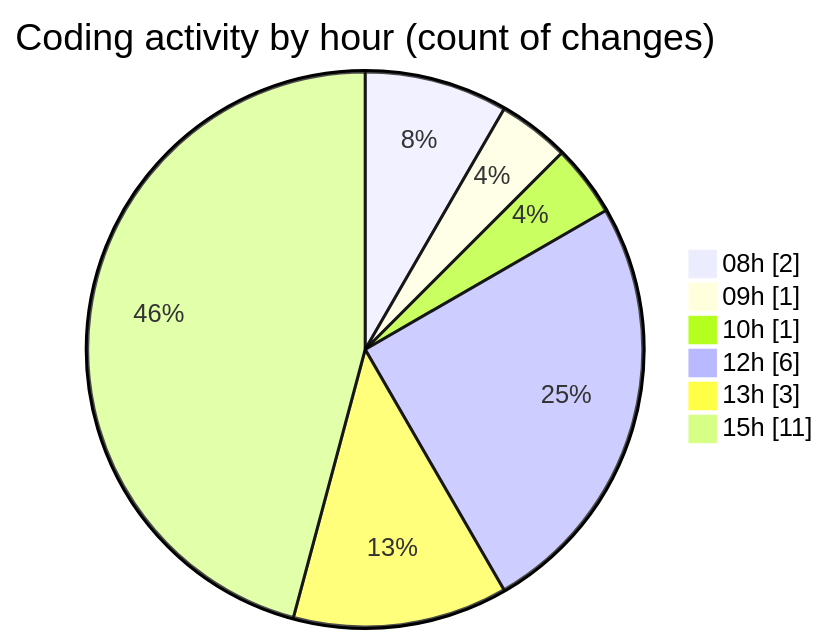
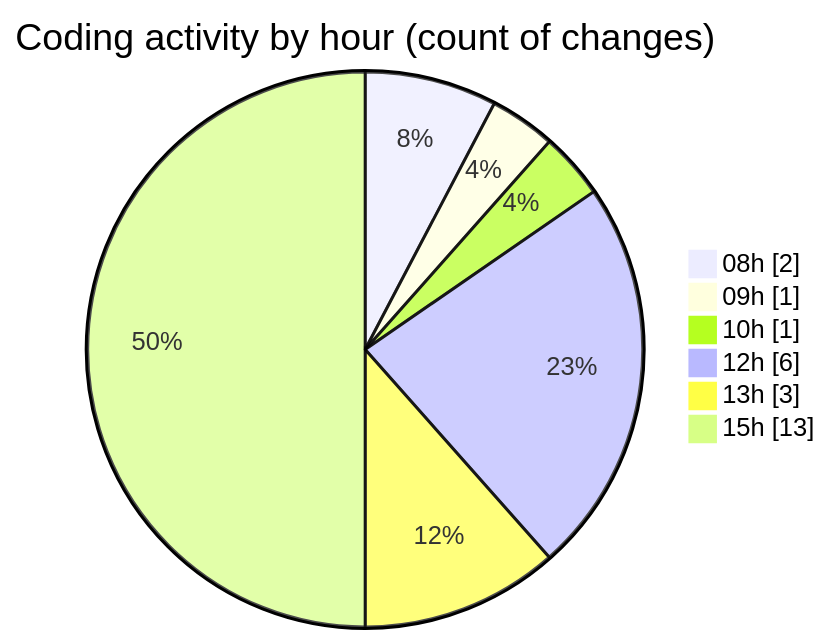
The second of 2 diagrams in 2025-10-09/nxtqube_webapp/README.md (nxtqubesakshisongat/code-tracking), drawn with Mermaid before and after one commit. The commit also changed other lines of this file and 1 other file, not shown here.

````diff
--- a/2025-10-09/nxtqube_webapp/README.md
+++ b/2025-10-09/nxtqube_webapp/README.md
@@ -28,10 +28,10 @@
 ```mermaid
 pie showData
 title Coding activity by hour (count of changes)
 "08h" : 2
 "09h" : 1
 "10h" : 1
 "12h" : 6
 "13h" : 3
-"15h" : 11
+"15h" : 13
 ```
````
